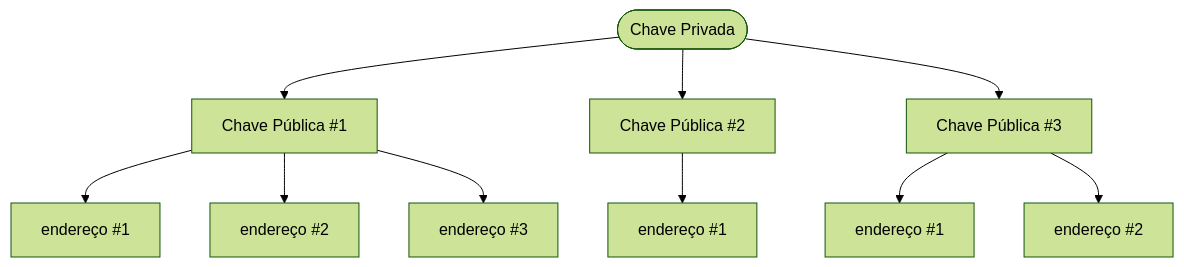
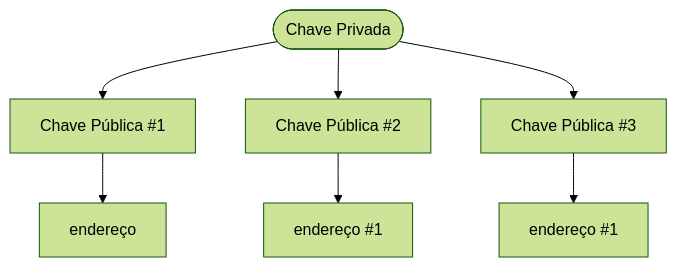
The second of 7 diagrams in LetsCoCreate/carteiras.md (ColcheteDAO/workshop), drawn with Mermaid (forest theme) before and after one commit.

Commit message:
docs: update address visual explain

````diff
--- a/LetsCoCreate/carteiras.md
+++ b/LetsCoCreate/carteiras.md
@@ -10,15 +10,12 @@
 ```mermaid
 flowchart TD
     A(["Chave Privada"]) --> B["Chave Pública #1"] & n1@{ label: "<span style=\"padding-left:\">Chave Pública #2</span>" } & n2@{ label: "<span style=\"padding-left:\"><span style=\"padding-left:\">Chave Pública #3</span></span>" }
-    B --> n3["endereço #1"] & n4@{ label: "<span style=\"padding-left:\">endereço #2</span>" } & n5@{ label: "<span style=\"padding-left:\">endereço #3</span>" }
-    n1 --> n6@{ label: "<span style=\"padding-left:\">endereço #1</span>" }
-    n2 --> n7@{ label: "<span style=\"padding-left:\">endereço #1</span>" } & n8@{ label: "<span style=\"padding-left:\"><span style=\"padding-left:\">endereço #2</span></span>" }
+    B --> n3["endereço"]
+    n1 --> n4@{ label: "<span style=\"padding-left:\">endereço #1</span>" }
+    n2 --> n5@{ label: "<span style=\"padding-left:\">endereço #1</span>" }
     B@{ shape: rect}
     n1@{ shape: rect}
     n2@{ shape: rect}
     n4@{ shape: rect}
     n5@{ shape: rect}
-    n6@{ shape: rect}
-    n7@{ shape: rect}
-    n8@{ shape: rect}
 ```
````
